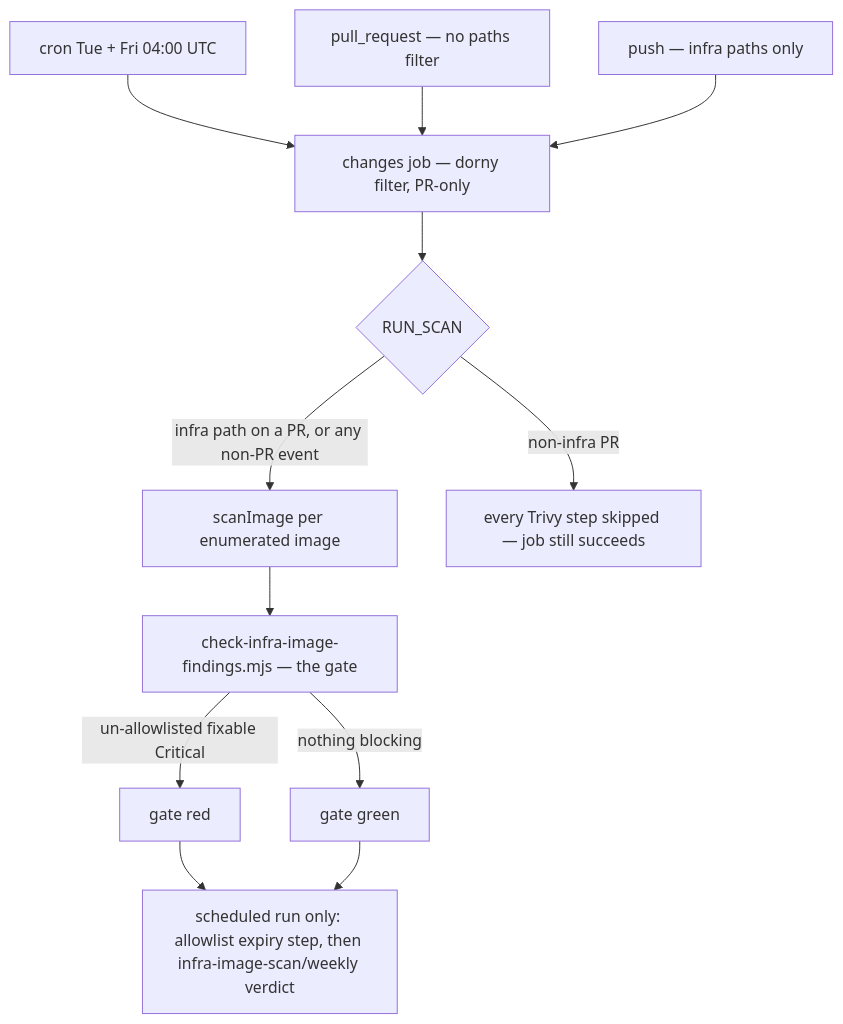
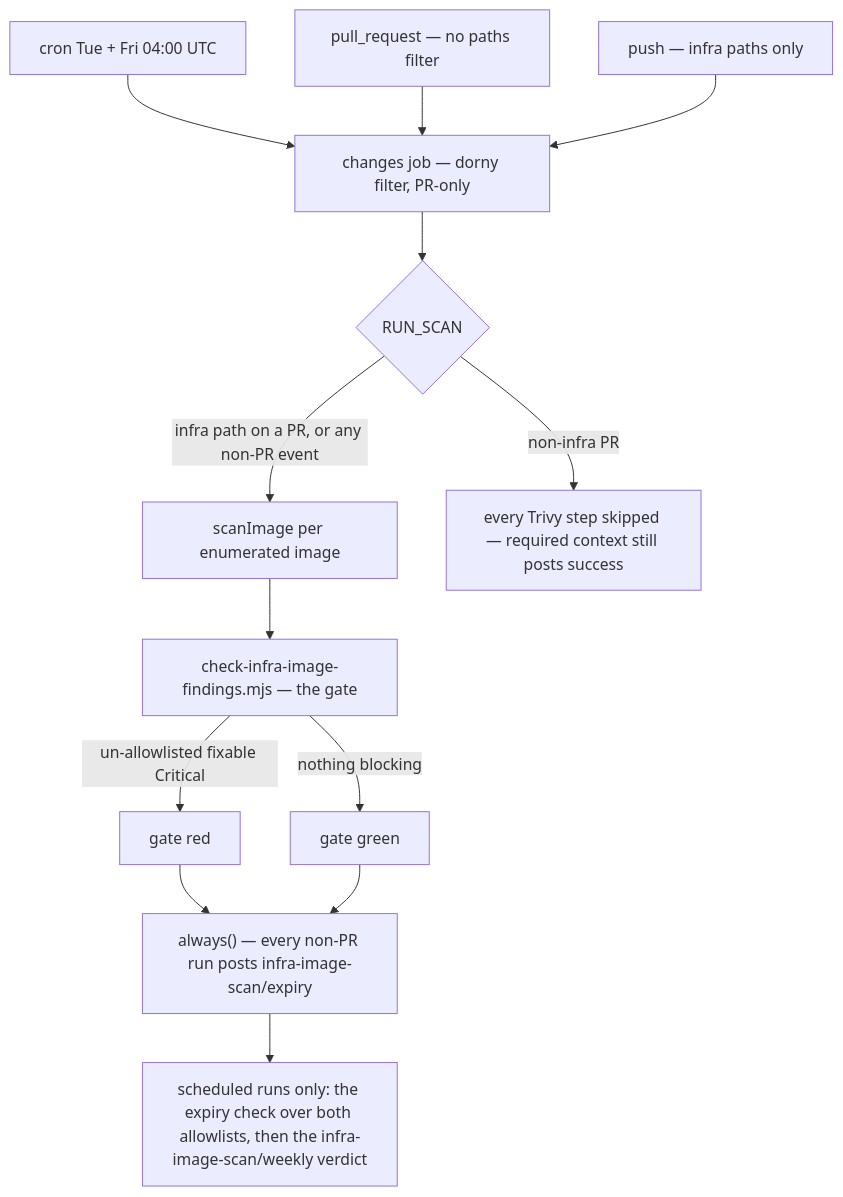
Before and after one commit to jumbleknot/MovieCollectionManager: the diagram in openwiki/runbooks/infra-image-scanning.md, drawn with Mermaid. The commit also changed other lines of this file and 8 other files, not shown here.

````diff
--- a/openwiki/runbooks/infra-image-scanning.md
+++ b/openwiki/runbooks/infra-image-scanning.md
@@ -73,14 +86,16 @@
 ```mermaid
 flowchart TD
   A["cron Tue + Fri 04:00 UTC"] --> C
   B["pull_request — no paths filter"] --> C
   D["push — infra paths only"] --> C
   C["changes job — dorny filter, PR-only"] --> E{"RUN_SCAN"}
   E -->|"infra path on a PR, or any non-PR event"| F["scanImage per enumerated image"]
-  E -->|"non-infra PR"| G["every Trivy step skipped — job still succeeds"]
+  E -->|"non-infra PR"| G["every Trivy step skipped — required context still posts success"]
   F --> H["check-infra-image-findings.mjs — the gate"]
   H -->|"un-allowlisted fixable Critical"| I["gate red"]
   H -->|"nothing blocking"| J["gate green"]
-  I --> K["scheduled run only: allowlist expiry step, then infra-image-scan/weekly verdict"]
+  I --> K
   J --> K
+  K["always() — every non-PR run posts infra-image-scan/expiry"]
+  K --> L["scheduled runs only: the expiry check over both allowlists, then the infra-image-scan/weekly verdict"]
 ```
````
